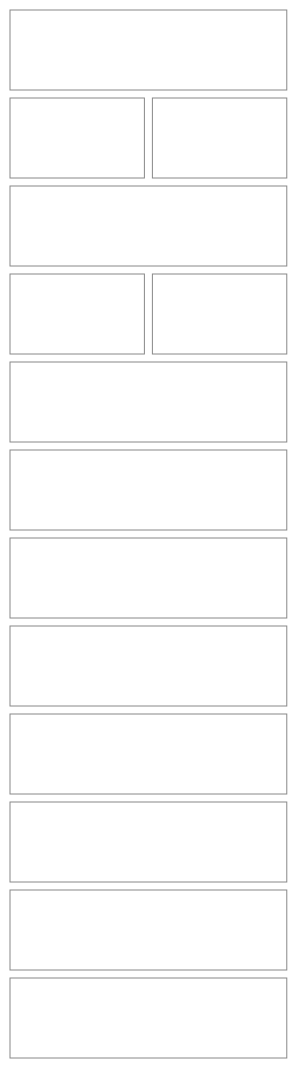
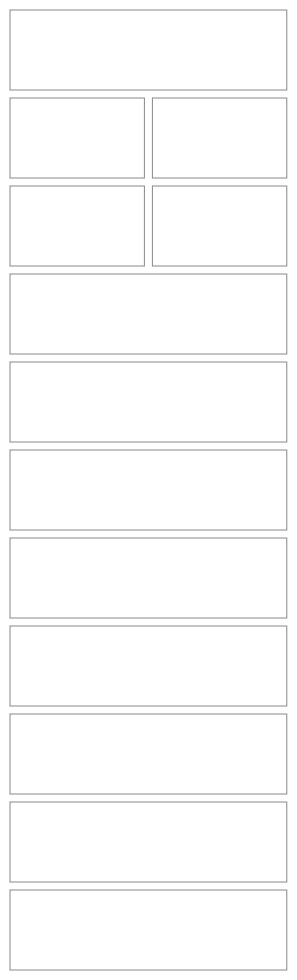
Diagram 17 of 36 in src/apps/pinch/UX.md (NovaMoonX/moondreams-dev-apps), drawn with Mermaid before and after one commit. The commit also changed other lines of this file and 6 other files, not shown here.

````diff
--- a/src/apps/pinch/UX.md
+++ b/src/apps/pinch/UX.md
@@ -551,33 +555,31 @@
 ```mermaid
 %%{init: {'theme': 'base', 'themeVariables': {'primaryColor': 'transparent', 'primaryBorderColor': '#888888', 'primaryTextColor': '#333333', 'lineColor': '#888888'}}}%%
 block-beta
   columns 2
   K1["Kitchen"]:2
   K2["🏪 Stores  ·  6"]:1
   K3["🛒 Products  ·  14"]:1
-  K3b["📋 Shopping list  ·  7"]:2
   K4["INGREDIENTS  42"]:1
   K5["+ New"]:1
   K6["🔍 Search   ⧩ 2   👁"]:2
   K6b["[ Yours ]   All"]:2
   K7["Needs a price · in Yours  ✕   Clear"]:2
   K8["— Chicken —"]:2
   K9["Chicken breast<br/>Walmart · $9.48 / 3 lb<br/>🔥 165 · 💪 31g per 100 g"]:2
   K11["Chicken thighs<br/>No price yet<br/>🔥 209 · 💪 26g per 100 g"]:2
   K13["— Rice —"]:2
   K14["Jasmine rice<br/>Costco · $14.99 / 20 lb<br/>🔥 360 · 💪 7g per 100 g"]:2
   style K1 fill:transparent,stroke:#888888,stroke-width:1px;
   style K2 fill:transparent,stroke:#888888,stroke-width:1px;
   style K3 fill:transparent,stroke:#888888,stroke-width:1px;
-  style K3b fill:transparent,stroke:#888888,stroke-width:1px;
   style K4 fill:transparent,stroke:#888888,stroke-width:1px;
   style K5 fill:transparent,stroke:#888888,stroke-width:1px;
   style K6 fill:transparent,stroke:#888888,stroke-width:1px;
   style K6b fill:transparent,stroke:#888888,stroke-width:1px;
   style K7 fill:transparent,stroke:#888888,stroke-width:1px;
   style K8 fill:transparent,stroke:#888888,stroke-width:1px;
   style K9 fill:transparent,stroke:#888888,stroke-width:1px;
   style K11 fill:transparent,stroke:#888888,stroke-width:1px;
   style K13 fill:transparent,stroke:#888888,stroke-width:1px;
   style K14 fill:transparent,stroke:#888888,stroke-width:1px;
 ```
````
